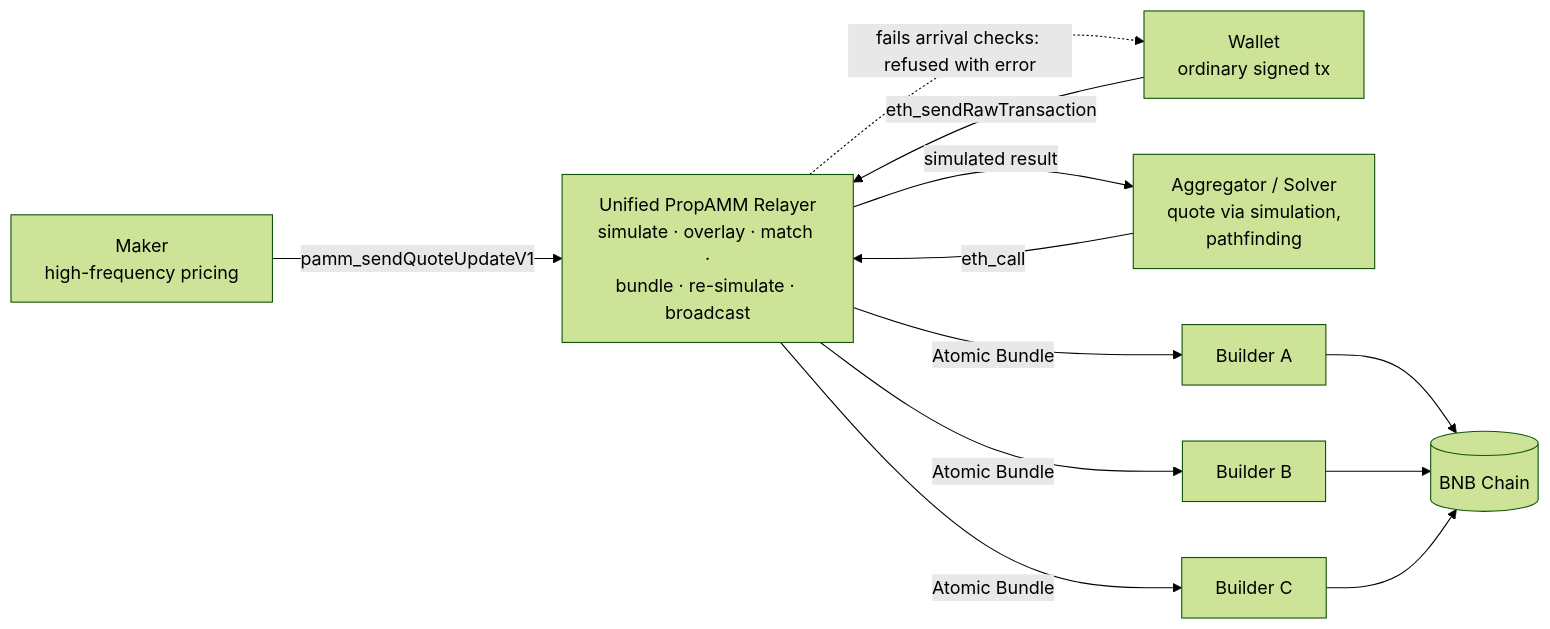
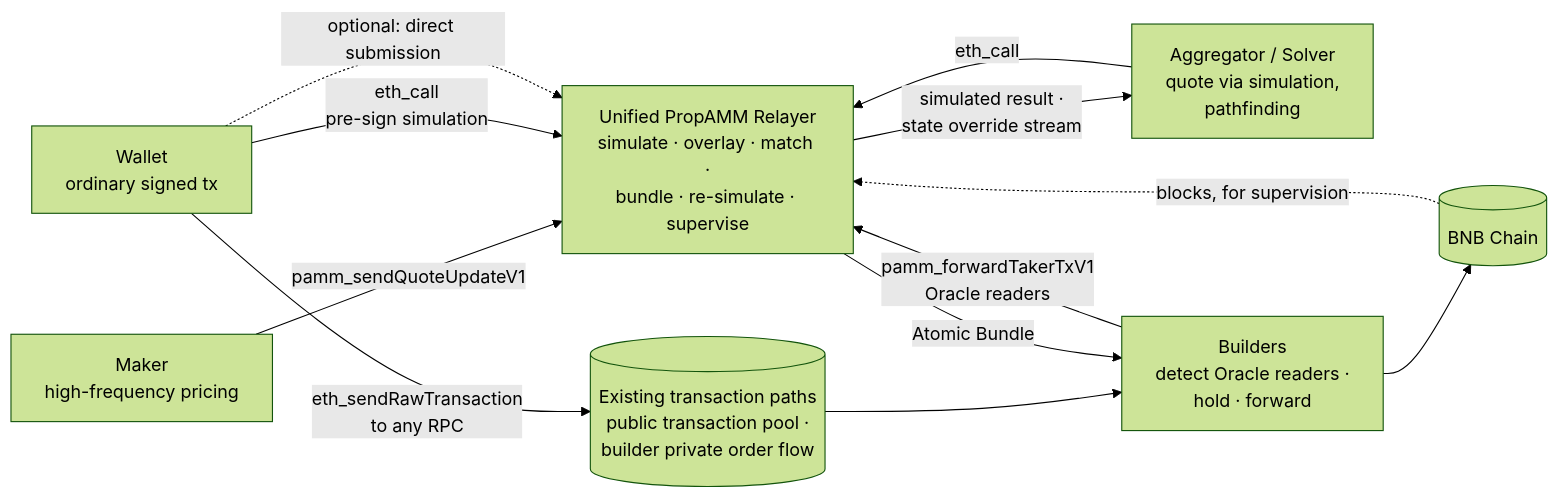
Before and after one commit to bnb-chain/BEPs: the first of 2 diagrams in BAPs/BAP-710.md, drawn with Mermaid (forest theme). The commit also changed other lines of this file, not shown here.

First line of the commit message:
docs: BAP-710 public transaction flow, builder forwarding and block supervision

````diff
--- a/BAPs/BAP-710.md
+++ b/BAPs/BAP-710.md
@@ -105,23 +115,22 @@
 ```mermaid
 flowchart LR
     M[Maker<br/>high-frequency pricing]
     W[Wallet<br/>ordinary signed tx]
     S[Aggregator / Solver<br/>quote via simulation,<br/>pathfinding]
-    R[Unified PropAMM Relayer<br/>simulate · overlay · match ·<br/>bundle · re-simulate · broadcast]
-    BA[Builder A]
-    BB[Builder B]
-    BC[Builder C]
+    P[(Existing transaction paths<br/>public transaction pool ·<br/>builder private order flow)]
+    B[Builders<br/>detect Oracle readers ·<br/>hold · forward]
+    R[Unified PropAMM Relayer<br/>simulate · overlay · match ·<br/>bundle · re-simulate · supervise]
     C[(BNB Chain)]
 
     M -->|pamm_sendQuoteUpdateV1| R
     S -->|eth_call| R
-    R -->|simulated result| S
-    W -->|eth_sendRawTransaction| R
-    R -->|Atomic Bundle| BA
-    R -->|Atomic Bundle| BB
-    R -->|Atomic Bundle| BC
-    R -.->|fails arrival checks: refused with error| W
-    BA --> C
-    BB --> C
-    BC --> C
+    R -->|simulated result ·<br/>state override stream| S
+    W -->|eth_call<br/>pre-sign simulation| R
+    W -->|eth_sendRawTransaction<br/>to any RPC| P
+    P --> B
+    B -->|pamm_forwardTakerTxV1<br/>Oracle readers| R
+    R -->|Atomic Bundle| B
+    W -.->|optional: direct submission| R
+    B --> C
+    C -.->|blocks, for supervision| R
 ```
````
